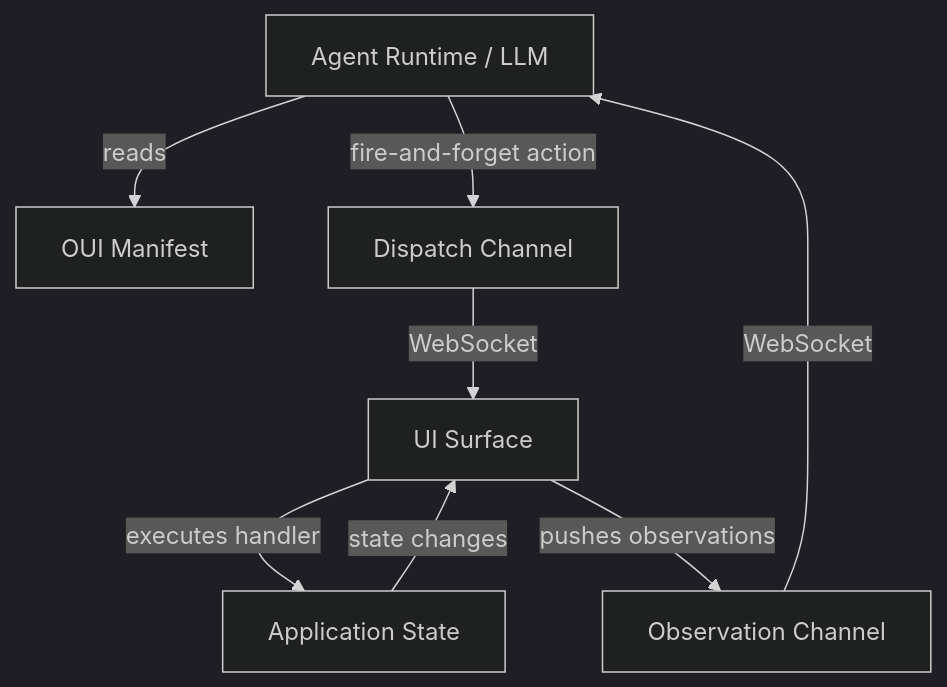
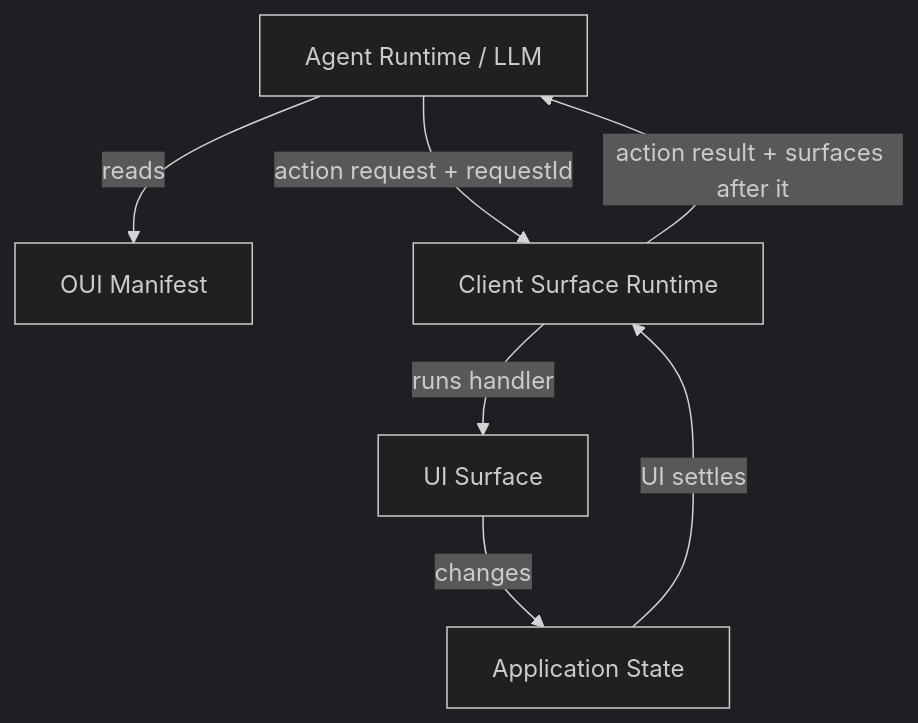
One commit to wesreid/oui changed the first of 2 diagrams in README.md. Above: the diagram before and after it, drawn with Mermaid (dark theme). The commit also changed other lines of this file and 20 other files, not shown here.

````diff
--- a/README.md
+++ b/README.md
@@ -35,17 +35,15 @@
 ```mermaid
 flowchart TD
     Agent[Agent Runtime / LLM]
     Manifest[OUI Manifest]
-    Dispatch[Dispatch Channel]
-    Observe[Observation Channel]
+    Runtime[Client Surface Runtime]
     Surface[UI Surface]
     App[Application State]
 
     Agent -->|reads| Manifest
-    Agent -->|fire-and-forget action| Dispatch
-    Dispatch -->|WebSocket| Surface
-    Surface -->|executes handler| App
-    App -->|state changes| Surface
-    Surface -->|pushes observations| Observe
-    Observe -->|WebSocket| Agent
+    Agent -->|action request + requestId| Runtime
+    Runtime -->|runs handler| Surface
+    Surface -->|changes| App
+    App -->|UI settles| Runtime
+    Runtime -->|action result + surfaces after it| Agent
 ```
````
